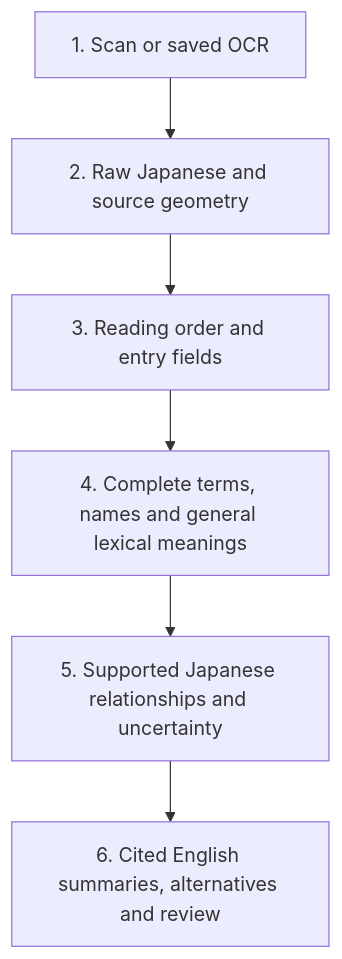
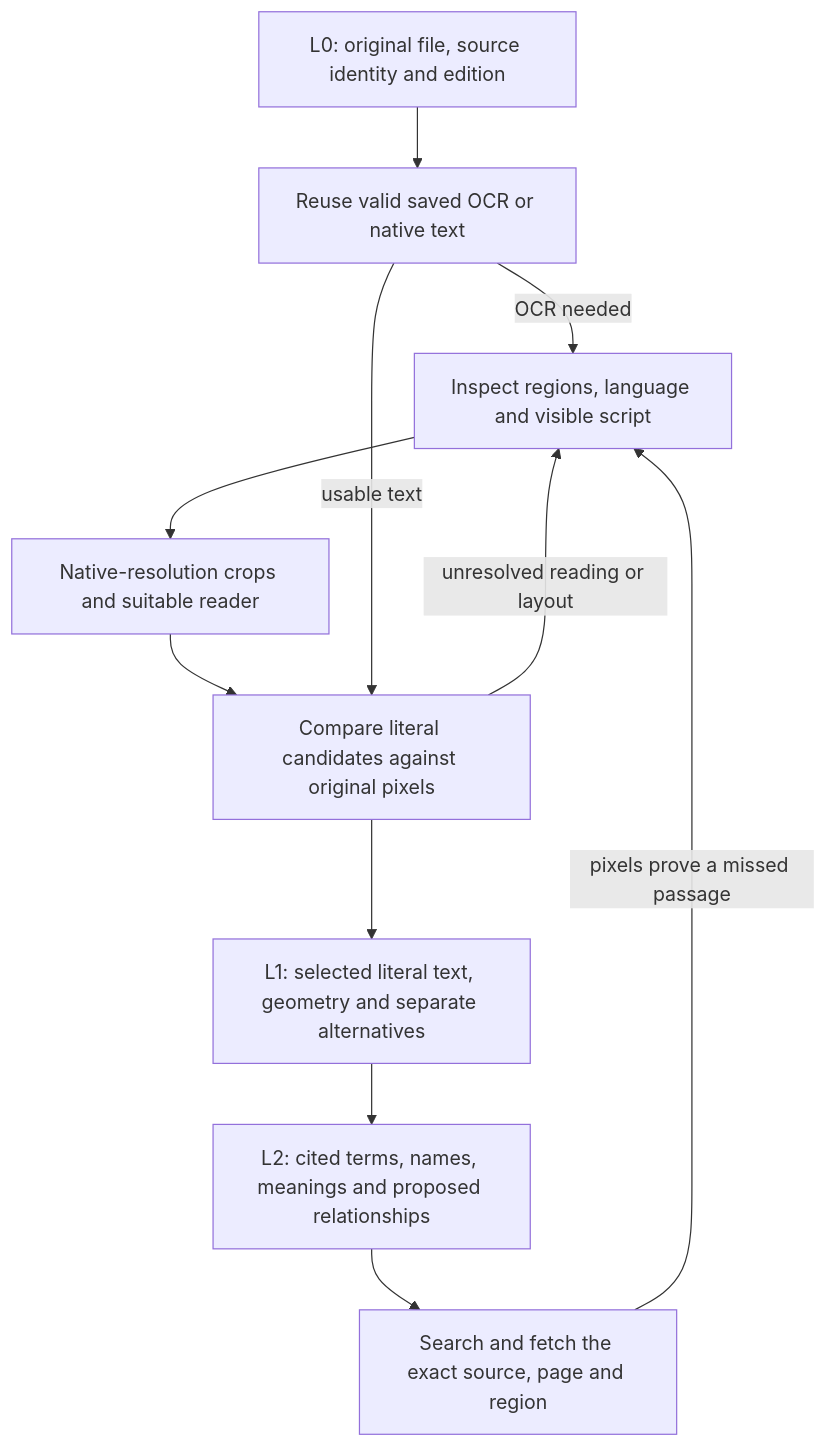
The diagram in README.md (bitcoingametheory/koshirai), drawn with Mermaid before and after one commit. The commit also changed other lines of this file and 3 other files, not shown here.

First line of the commit message:
Explain OCR reader roles and how to resolve disagreements

````diff
--- a/README.md
+++ b/README.md
@@ -20,8 +15,13 @@
 ```mermaid
 flowchart TD
-    A[1. Scan or saved OCR] --> B[2. Raw Japanese and source geometry]
-    B --> C[3. Reading order and entry fields]
-    C --> D[4. Complete terms, names and general lexical meanings]
-    D --> E[5. Supported Japanese relationships and uncertainty]
-    E --> F[6. Cited English summaries, alternatives and review]
+    A["L0: original file, source identity and edition"] --> B["Reuse valid saved OCR or native text"]
+    B -->|OCR needed| C["Inspect regions, language and visible script"]
+    C --> D["Native-resolution crops and suitable reader"]
+    D --> E["Compare literal candidates against original pixels"]
+    B -->|usable text| E
+    E -->|unresolved reading or layout| C
+    E --> F["L1: selected literal text, geometry and separate alternatives"]
+    F --> G["L2: cited terms, names, meanings and proposed relationships"]
+    G --> H["Search and fetch the exact source, page and region"]
+    H -->|pixels prove a missed passage| C
 ```
````
